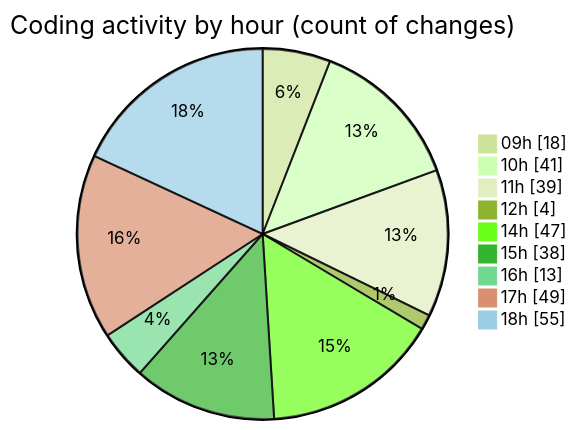
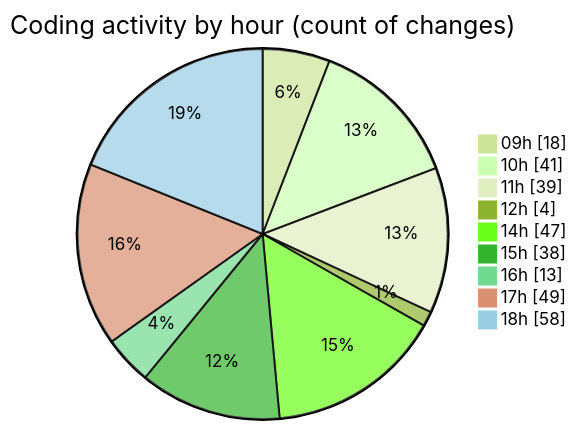
Before and after one commit to momahboobian/code-tracking: the second of 2 diagrams in 2025-02-11/cda/README.md, drawn with Mermaid (forest theme). The commit also changed other lines of this file and 1 other file, not shown here.

````diff
--- a/2025-02-11/cda/README.md
+++ b/2025-02-11/cda/README.md
@@ -34,13 +34,13 @@
 ```mermaid
 pie showData
 title Coding activity by hour (count of changes)
 "09h" : 18
 "10h" : 41
 "11h" : 39
 "12h" : 4
 "14h" : 47
 "15h" : 38
 "16h" : 13
 "17h" : 49
-"18h" : 55
+"18h" : 58
 ```
````
